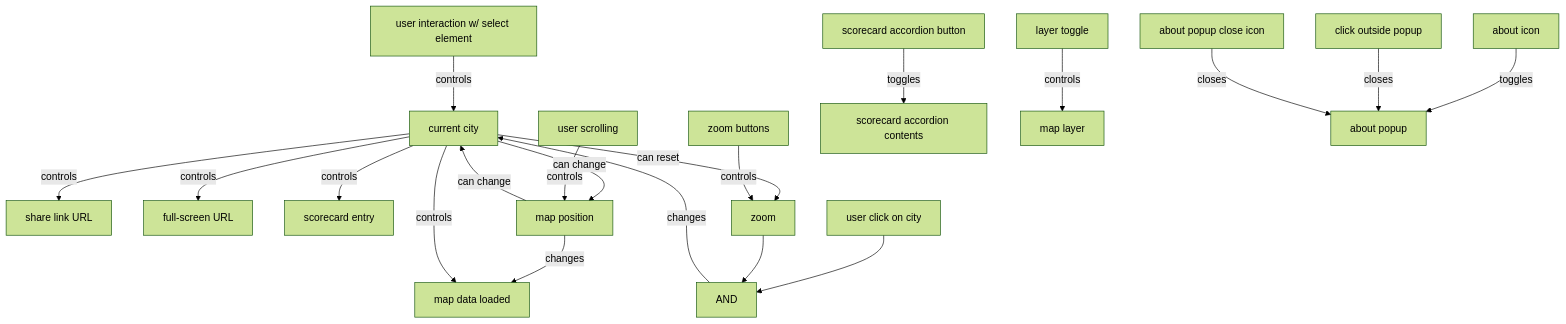
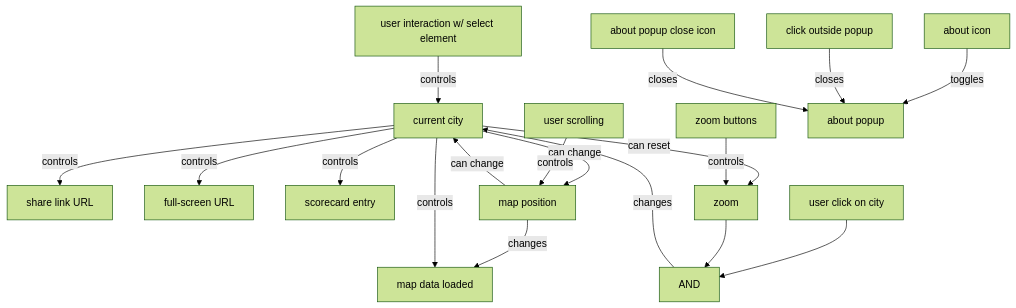
Before and after one commit to ParkingReformNetwork/parking-lot-map: the diagram in README.md, drawn with Mermaid (forest theme). The commit also changed other lines of this file and 2 other files, not shown here.

Commit message:
Use native details/summary for scorecard accordion (#351)
This is simpler code and also adds keyboard support.

````diff
--- a/README.md
+++ b/README.md
@@ -199,61 +199,51 @@
 ```mermaid
 graph TD
     A[current city]
     F[user interaction w/ select element]
 
     C[share link URL]
     S[full-screen URL]
 
     B[map data loaded]
     D[scorecard entry]
 
     E[map position]
     H[user scrolling]
 
     T[user click on city]
     U[AND]
 
     G[zoom]
     R[zoom buttons]
 
-    J[scorecard accordion button]
-    K[scorecard accordion contents]
-
-    L[layer toggle]
-    M[map layer]
-
     N[about icon]
     O[about popup]
     P[click outside popup]
     Q[about popup close icon]
 
 
     N -->|toggles| O
     P -->|closes| O
     Q -->|closes| O
-
-    J -->|toggles| K
-
-    L -->|controls| M
 
     F -->|controls| A
 
     E -->|changes| B
     E -->|can change| A
 
     T --> U
     G --> U
     U --> |changes| A
 
     A -->|controls| C
     A -->|controls| S
 
     A -->|controls| B
     A -->|controls| D
 
     A -->|can change| E
     A -->|can reset| G
 
     H -->|controls| E
     R -->|controls| G
 ```
````
